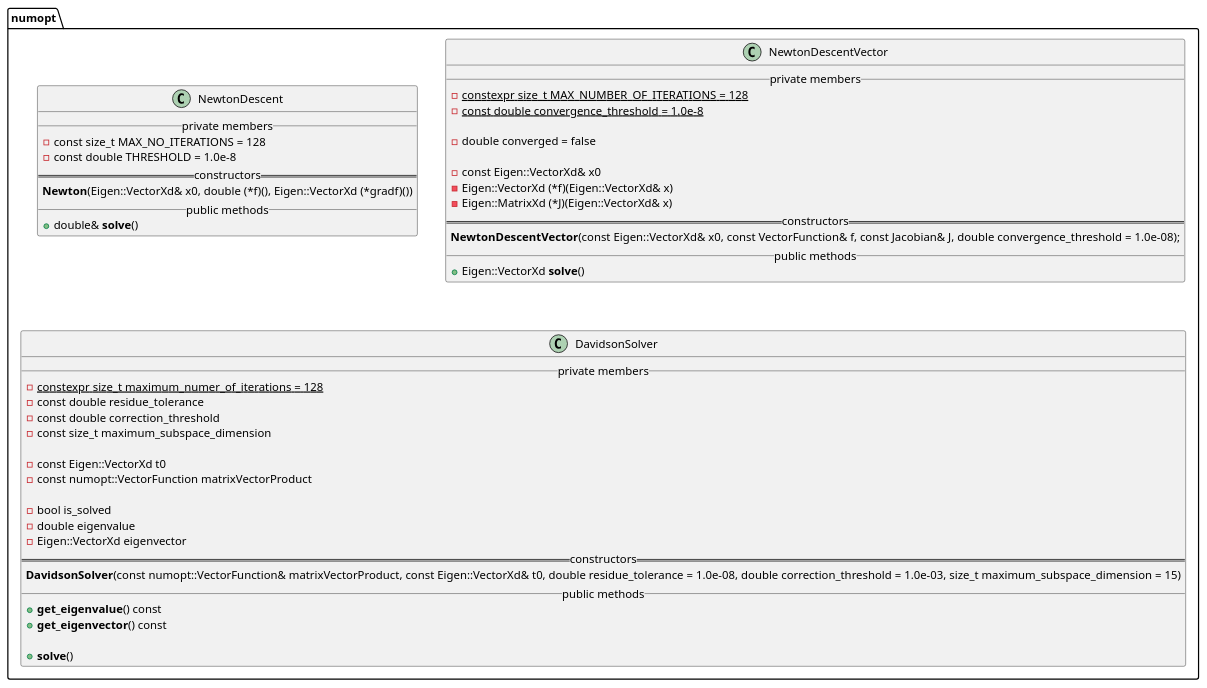
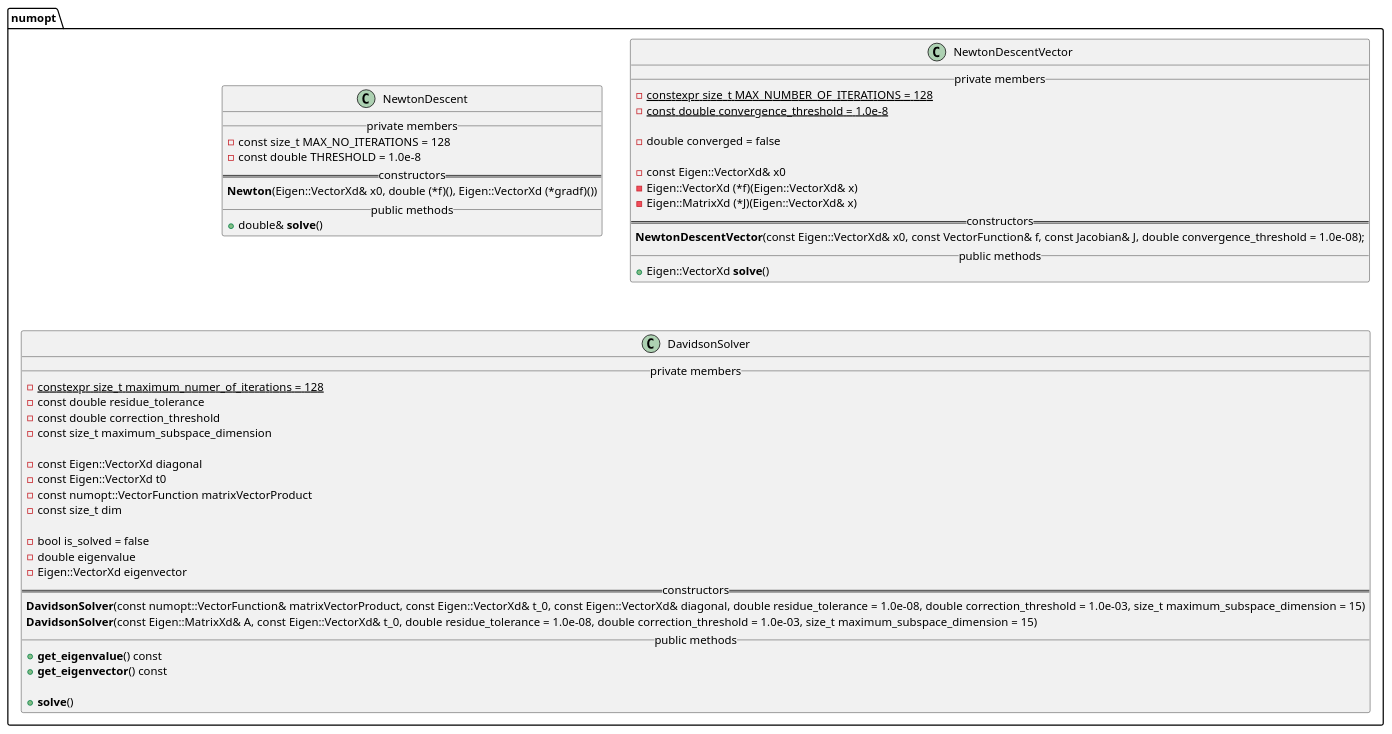
The diagram in docs/numopt.puml (matt-chan/numopt), drawn with PlantUML before and after one commit. The commit also changed 4 other files, not shown here.

Commit message:
Added two larger test examples. Set is_solved=false. This solves a bug that sometimes (related to when is_solved equates to true, randomly set by the compiler) didn't cause the solver to start.

```diff
--- a/docs/numopt.puml
+++ b/docs/numopt.puml
@@ -1,56 +1,59 @@
 @startuml
 
 namespace numopt {
 
     class NewtonDescent {
         __ private members __
             - const size_t MAX_NO_ITERATIONS = 128
             - const double THRESHOLD = 1.0e-8
         == constructors ==
             **Newton**(Eigen::VectorXd& x0, double (*f)(), Eigen::VectorXd (*gradf)())
         __ public methods __
             + double& **solve**()
     }
 
 
     class NewtonDescentVector {
         __ private members __
             - {static} constexpr size_t MAX_NUMBER_OF_ITERATIONS = 128
             - {static} const double convergence_threshold = 1.0e-8
 
             - double converged = false
 
             - const Eigen::VectorXd& x0
             - Eigen::VectorXd (*f)(Eigen::VectorXd& x)
             - Eigen::MatrixXd (*J)(Eigen::VectorXd& x)
         == constructors ==
             **NewtonDescentVector**(const Eigen::VectorXd& x0, const VectorFunction& f, const Jacobian& J, double convergence_threshold = 1.0e-08);
         __ public methods __
             + Eigen::VectorXd **solve**()
     }
 
 
     class DavidsonSolver {
         __ private members __
             - {static} constexpr size_t maximum_numer_of_iterations = 128
             - const double residue_tolerance
             - const double correction_threshold
             - const size_t maximum_subspace_dimension
 
+            - const Eigen::VectorXd diagonal
             - const Eigen::VectorXd t0
             - const numopt::VectorFunction matrixVectorProduct
+            - const size_t dim
 
-            - bool is_solved
+            - bool is_solved = false
             - double eigenvalue
             - Eigen::VectorXd eigenvector
         == constructors ==
-            **DavidsonSolver**(const numopt::VectorFunction& matrixVectorProduct, const Eigen::VectorXd& t0, double residue_tolerance = 1.0e-08, double correction_threshold = 1.0e-03, size_t maximum_subspace_dimension = 15)
+            **DavidsonSolver**(const numopt::VectorFunction& matrixVectorProduct, const Eigen::VectorXd& t_0, const Eigen::VectorXd& diagonal, double residue_tolerance = 1.0e-08, double correction_threshold = 1.0e-03, size_t maximum_subspace_dimension = 15)
+            **DavidsonSolver**(const Eigen::MatrixXd& A, const Eigen::VectorXd& t_0, double residue_tolerance = 1.0e-08, double correction_threshold = 1.0e-03, size_t maximum_subspace_dimension = 15)
         __ public methods __
             + **get_eigenvalue**() const
             + **get_eigenvector**() const
 
             + **solve**()
     }
 }
 
 @enduml
```
